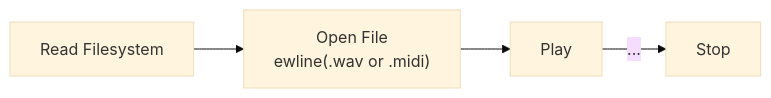
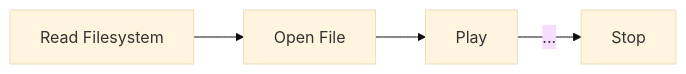
One commit to aidan-clyens/miniaudioengine changed the fourth of 21 diagrams in docs/DESIGN_DOC.md. Above: the diagram before and after it, drawn with Mermaid (base theme). The commit also changed other lines of this file, not shown here.

````diff
--- a/docs/DESIGN_DOC.md
+++ b/docs/DESIGN_DOC.md
@@ -150,12 +158,12 @@
 ```mermaid
 flowchart LR
 
     Step1["Read Filesystem"]
-    Step2["Open File\newline(.wav or .midi)"]
+    Step2["Open File"]
     Step3["Play"]
     Step4["Stop"]
 
     Step1 --> Step2
     Step2 --> Step3
     Step3 -->|...| Step4
 ```
````
